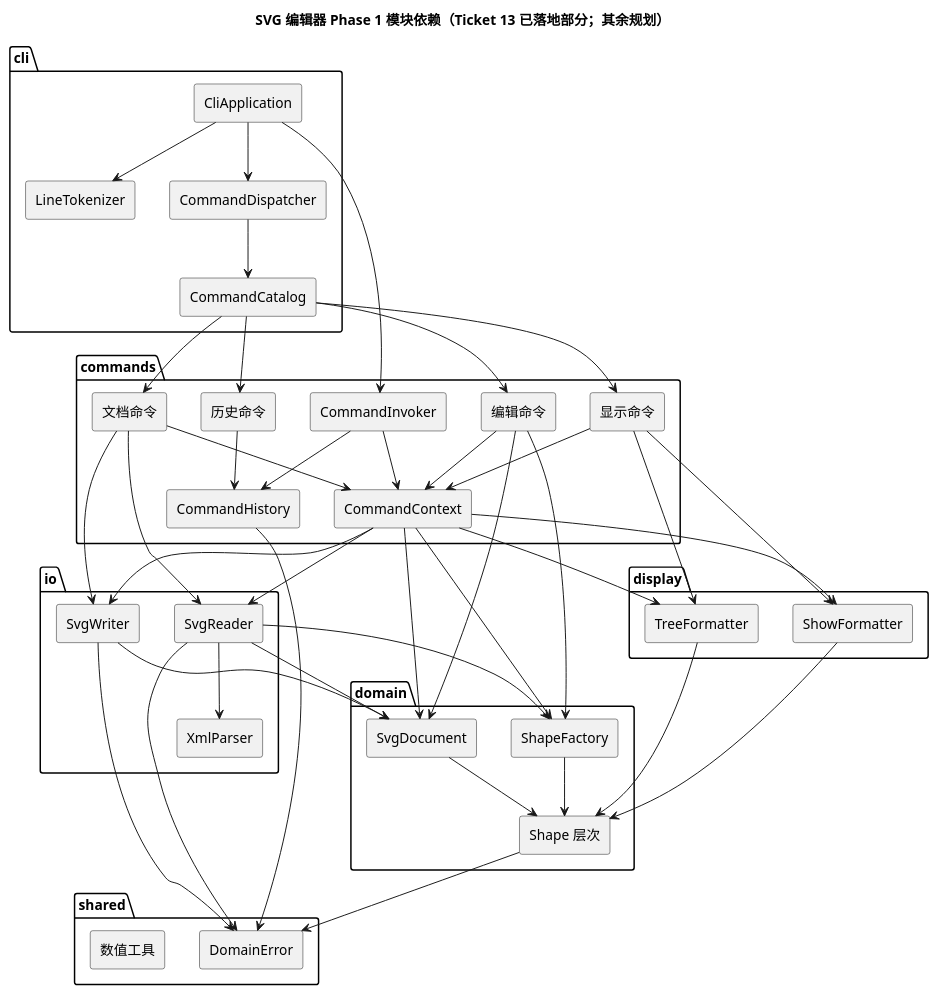
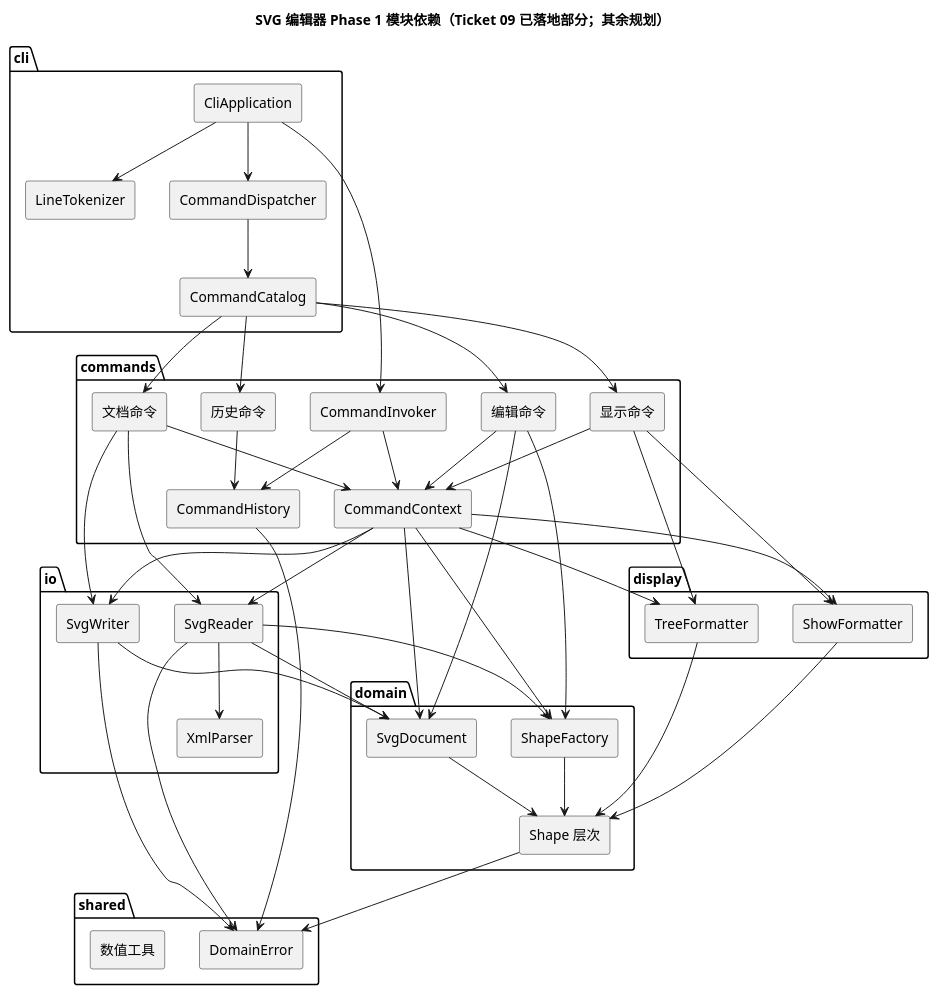
The diagram in doc/architecture.puml (NQC233/svg-editor-lab1), drawn with PlantUML before and after one commit. The commit also changed 6 other files, not shown here.

```diff
--- a/doc/architecture.puml
+++ b/doc/architecture.puml
@@ -1,82 +1,82 @@
 @startuml
 skinparam componentStyle rectangle
-title SVG 编辑器 Phase 1 模块依赖（Ticket 13 已落地部分；其余规划）
+title SVG 编辑器 Phase 1 模块依赖（Ticket 09 已落地部分；其余规划）
 
 package "cli" {
   [CliApplication]
   [CommandDispatcher]
   [CommandCatalog]
   [LineTokenizer]
 }
 
 package "commands" {
   [CommandInvoker]
   [CommandHistory]
   [CommandContext]
   [编辑命令]
   [文档命令]
   [显示命令]
   [历史命令]
 }
 
 package "domain" {
   [SvgDocument]
   [Shape 层次]
   [ShapeFactory]
 }
 
 package "io" {
   [SvgReader]
   [SvgWriter]
   [XmlParser]
 }
 
 package "display" {
   [TreeFormatter]
   [ShowFormatter]
 }
 
 package "shared" {
   [DomainError]
   [数值工具]
 }
 
 [CliApplication] --> [LineTokenizer]
 [CliApplication] --> [CommandDispatcher]
 [CliApplication] --> [CommandInvoker]
 [CommandDispatcher] --> [CommandCatalog]
 [CommandCatalog] --> [编辑命令]
 [CommandCatalog] --> [文档命令]
 [CommandCatalog] --> [显示命令]
 [CommandCatalog] --> [历史命令]
 [CommandInvoker] --> [CommandHistory]
 [CommandInvoker] --> [CommandContext]
 [编辑命令] --> [CommandContext]
 [文档命令] --> [CommandContext]
 [显示命令] --> [CommandContext]
 [历史命令] --> [CommandHistory]
 [CommandContext] --> [SvgDocument]
 [CommandContext] --> [SvgReader]
 [CommandContext] --> [SvgWriter]
 [CommandContext] --> [TreeFormatter]
 [CommandContext] --> [ShowFormatter]
 [CommandContext] --> [ShapeFactory]
 [编辑命令] --> [SvgDocument]
 [编辑命令] --> [ShapeFactory]
 [文档命令] --> [SvgReader]
 [文档命令] --> [SvgWriter]
 [显示命令] --> [TreeFormatter]
 [显示命令] --> [ShowFormatter]
 [SvgReader] --> [XmlParser]
 [SvgReader] --> [SvgDocument]
 [SvgReader] --> [ShapeFactory]
 [SvgWriter] --> [SvgDocument]
 [TreeFormatter] --> [Shape 层次]
 [ShowFormatter] --> [Shape 层次]
 [ShapeFactory] --> [Shape 层次]
 [SvgDocument] --> [Shape 层次]
 [Shape 层次] --> [DomainError]
 [SvgReader] --> [DomainError]
 [SvgWriter] --> [DomainError]
 [CommandHistory] --> [DomainError]
 @enduml
```
